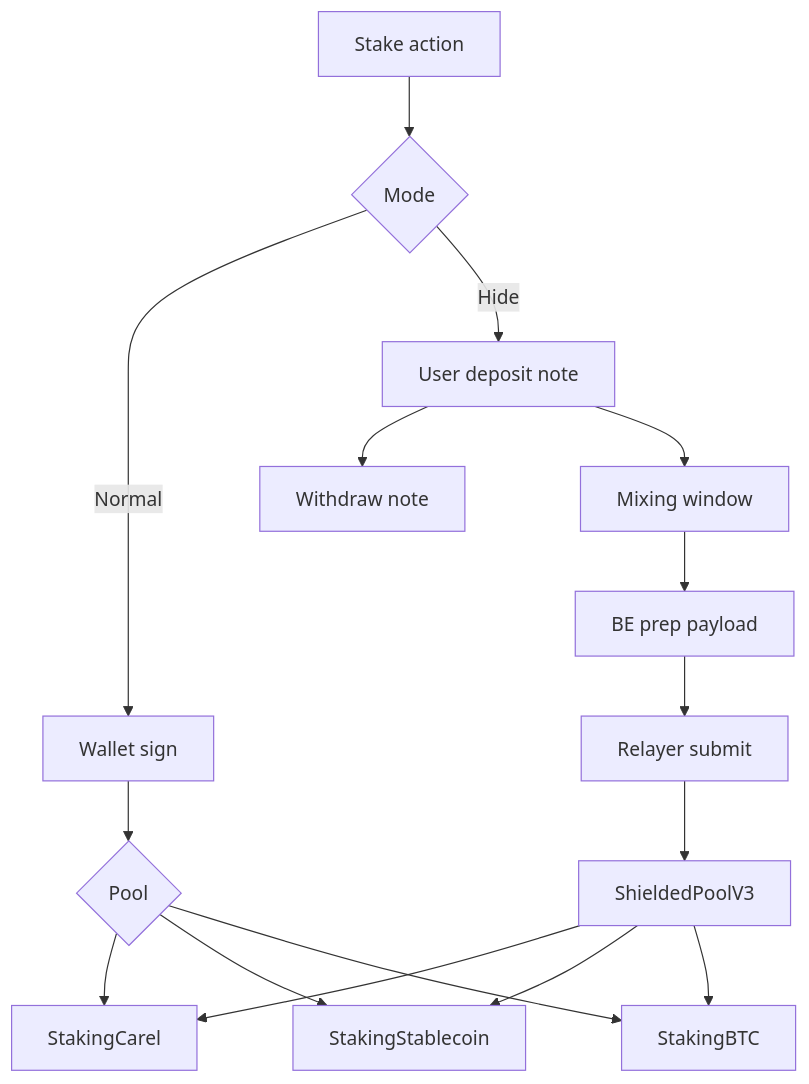
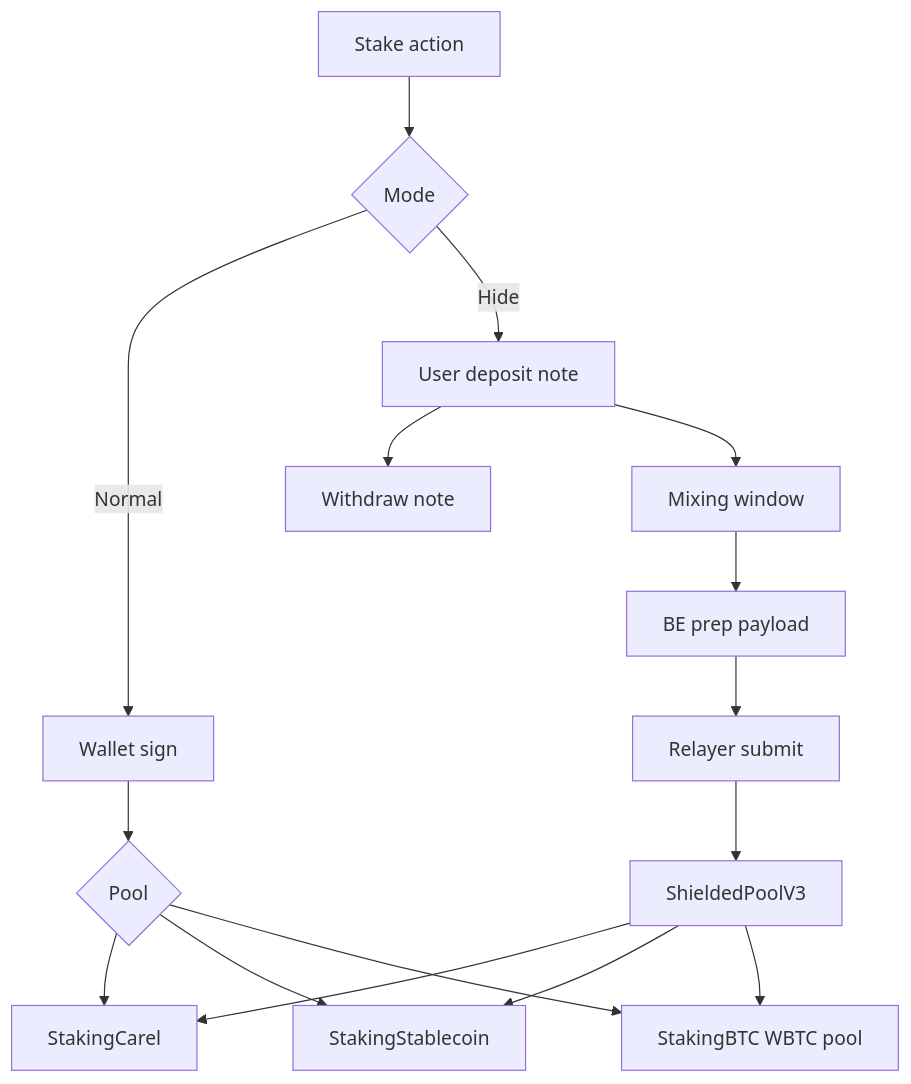
One commit to ntfound-dev/zkcarel_protocol changed the fifth of 7 diagrams in README.md. Above: the diagram before and after it, drawn with Mermaid. The commit also changed other lines of this file and 1 other file, not shown here.

Commit message:
docs: clarify stakingbtc as wbtc pool

````diff
--- a/README.md
+++ b/README.md
@@ -210,19 +210,19 @@
 ```mermaid
 flowchart TD
   A[Stake action] --> B{Mode}
   B -->|Normal| N1[Wallet sign]
   N1 --> P1{Pool}
   P1 --> S1[StakingCarel]
   P1 --> S2[StakingStablecoin]
-  P1 --> S3[StakingBTC]
+  P1 --> S3[StakingBTC WBTC pool]
 
   B -->|Hide| H1[User deposit note]
   H1 --> HW[Withdraw note]
   H1 --> H2[Mixing window]
   H2 --> H3[BE prep payload]
   H3 --> H4[Relayer submit]
   H4 --> H5[ShieldedPoolV3]
   H5 --> S1
   H5 --> S2
   H5 --> S3
 ```
````
